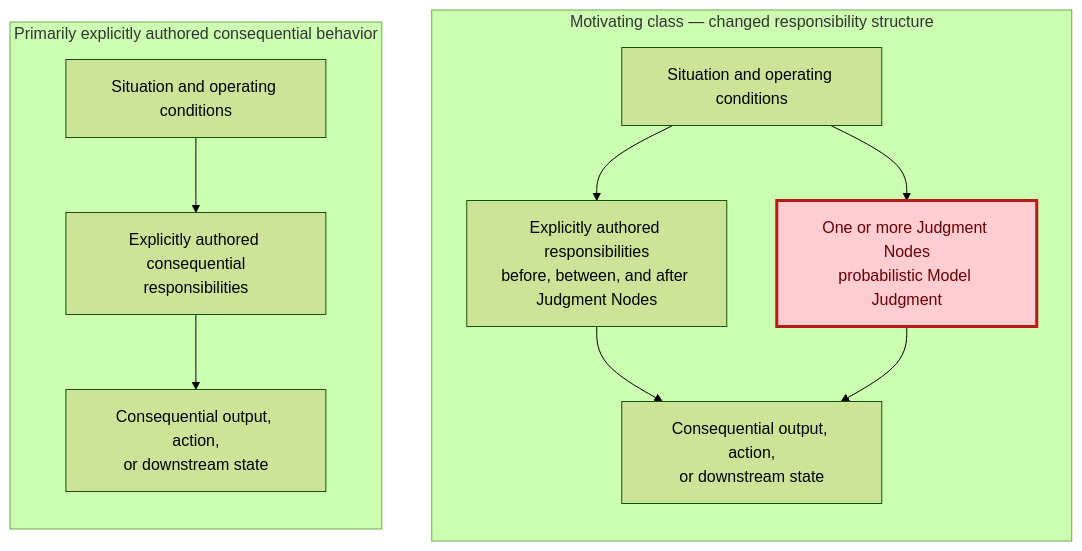
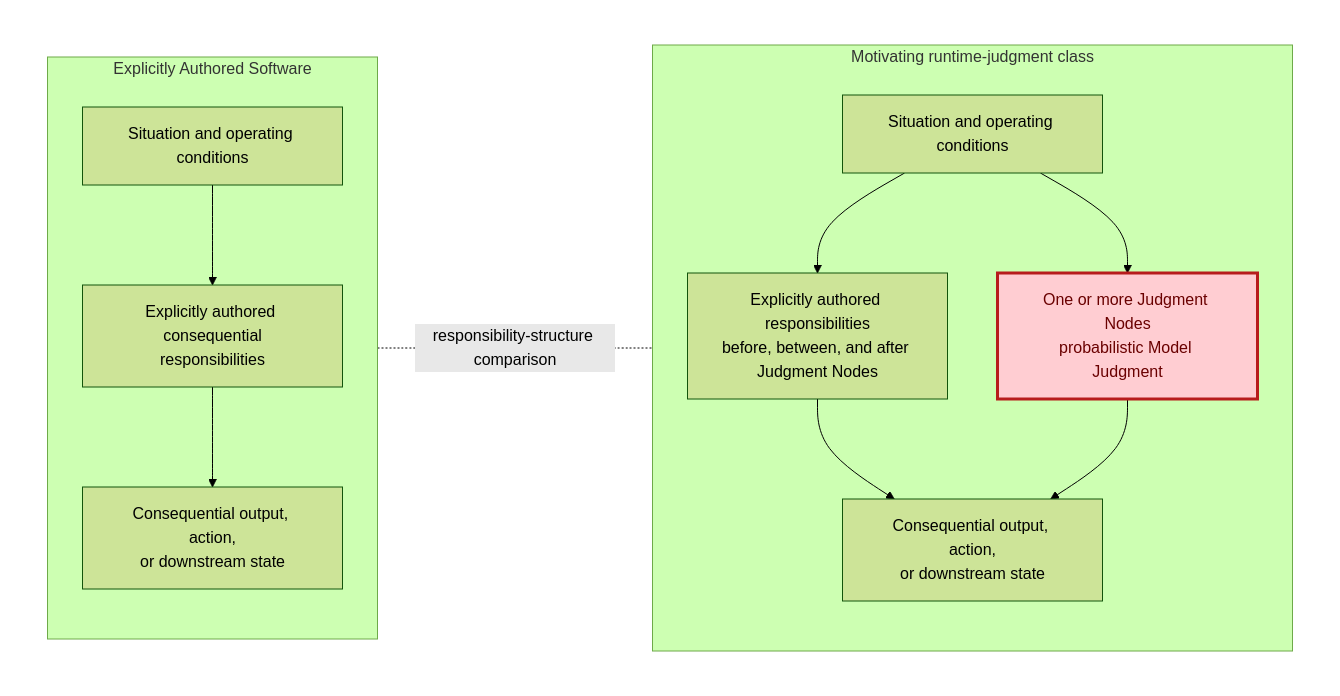
Before and after one commit to UncertaintyArchitectureGroup/uncertainty-architecture: the third of 15 diagrams in content/research/notes/open-engineering-specification-article-draft.md, drawn with Mermaid (forest theme). The commit also changed other lines of this file and 9 other files, not shown here.

First line of the commit message:
research: restore and guard architectural diagram layouts (#101)

````diff
--- a/content/research/notes/open-engineering-specification-article-draft.md
+++ b/content/research/notes/open-engineering-specification-article-draft.md
@@ -222,25 +222,26 @@
 ```mermaid
-flowchart LR
-    subgraph A["Primarily explicitly authored consequential behavior"]
-        direction TB
-        A1["Situation and operating conditions"]
-        A2["Explicitly authored consequential<br/>responsibilities"]
-        A3["Consequential output, action,<br/>or downstream state"]
-        A1 --> A2 --> A3
+flowchart TB
+    subgraph ROW3[" "]
+        direction LR
+        subgraph A["Explicitly Authored Software"]
+            direction TB
+            A1["Situation and operating conditions"]
+            A2["Explicitly authored consequential<br/>responsibilities"]
+            A3["Consequential output, action,<br/>or downstream state"]
+            A1 --> A2 --> A3
+        end
+        subgraph B["Motivating runtime-judgment class"]
+            direction TB
+            B1["Situation and operating conditions"]
+            B2["Explicitly authored responsibilities<br/>before, between, and after Judgment Nodes"]
+            J1["One or more Judgment Nodes<br/>probabilistic Model Judgment"]
+            B3["Consequential output, action,<br/>or downstream state"]
+            B1 --> B2 --> B3
+            B1 --> J1 --> B3
+        end
     end
-
-    subgraph B["Motivating class — changed responsibility structure"]
-        direction TB
-        B1["Situation and operating conditions"]
-        B2["Explicitly authored responsibilities<br/>before, between, and after Judgment Nodes"]
-        J1["One or more Judgment Nodes<br/>probabilistic Model Judgment"]
-        B3["Consequential output, action,<br/>or downstream state"]
-        B1 --> B2 --> B3
-        B1 --> J1 --> B3
-    end
-
-    A2 ~~~ J1
-
+    A -. "responsibility-structure comparison" .- B
     classDef judgment fill:#ffcdd2,stroke:#b71c1c,stroke-width:3px,color:#6a0000;
     class J1 judgment;
+    style ROW3 fill:transparent,stroke:transparent
 ```
````
